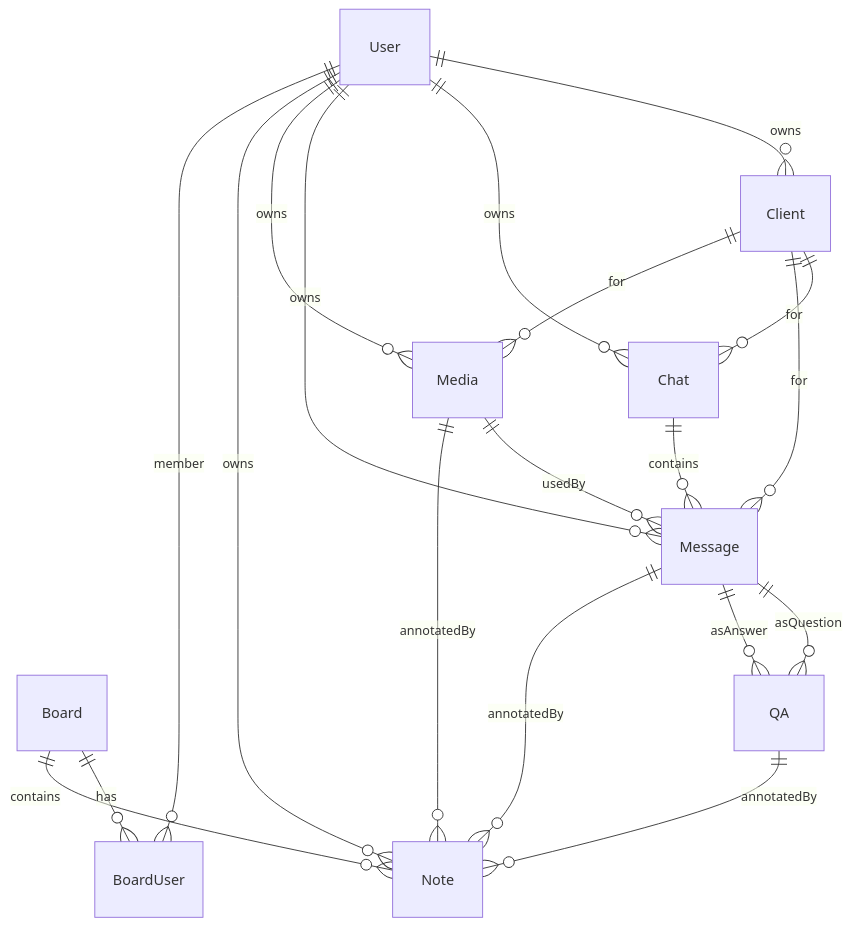
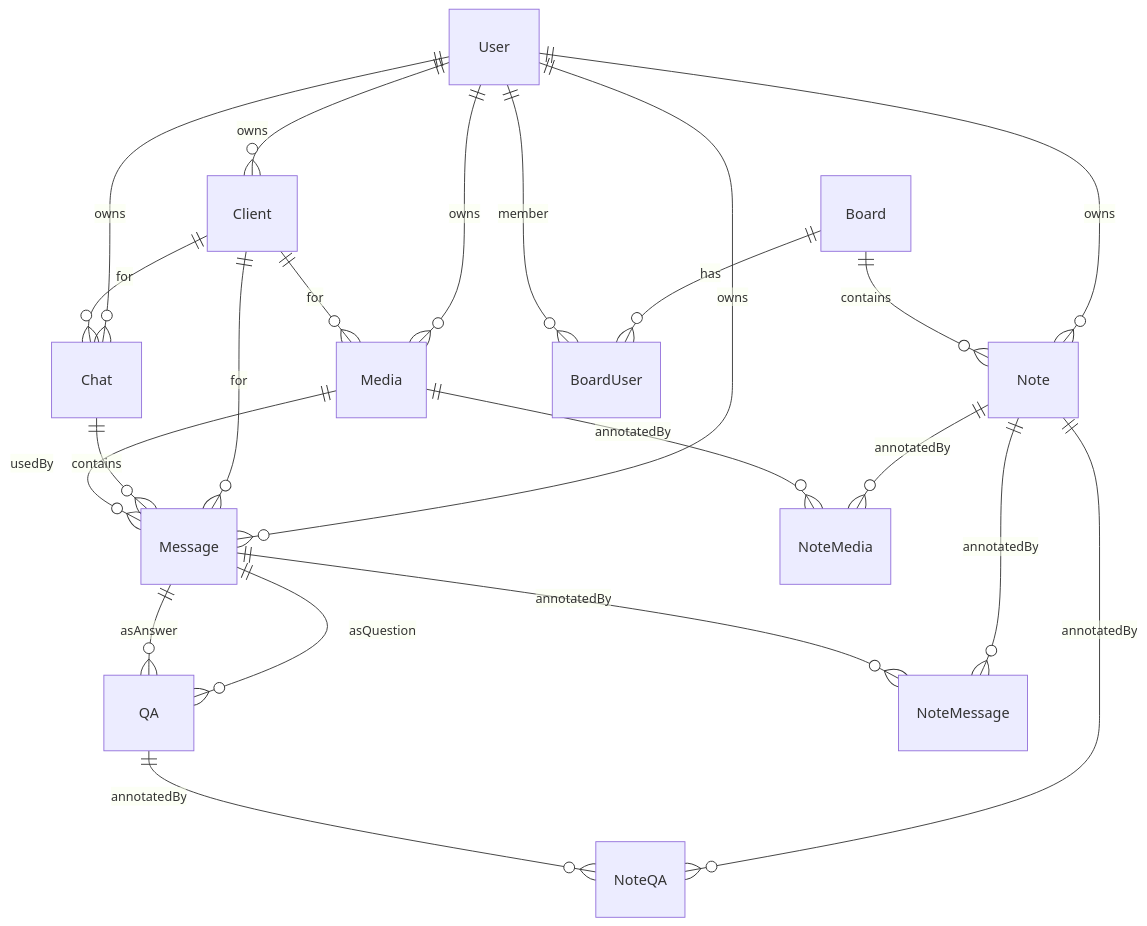
One commit to nickcomua/crm-chat changed the diagram in bins/sdb_server/README.md. Above: the diagram before and after it, drawn with Mermaid. The commit also changed 15 other files, not shown here.

````diff
--- a/bins/sdb_server/README.md
+++ b/bins/sdb_server/README.md
@@ -7,25 +7,28 @@
 ```mermaid
 erDiagram
   User ||--o{ Client : owns
   User ||--o{ Chat : owns
   User ||--o{ Message : owns
   User ||--o{ Media : owns
   User ||--o{ Note : owns
 
   Board ||--o{ BoardUser : has
   User ||--o{ BoardUser : member
 
   Client ||--o{ Chat : for
   Client ||--o{ Message : for
   Client ||--o{ Media : for
   Chat ||--o{ Message : contains
 
   Board ||--o{ Note : contains
 
   Media ||--o{ Message : usedBy
   Message ||--o{ QA : asQuestion
   Message ||--o{ QA : asAnswer
-  Message ||--o{ Note : annotatedBy
-  Media ||--o{ Note : annotatedBy
-  QA ||--o{ Note : annotatedBy
+  Note ||--o{ NoteMessage : annotatedBy
+  Message ||--o{ NoteMessage : annotatedBy
+  Note ||--o{ NoteQA : annotatedBy
+  QA ||--o{ NoteQA : annotatedBy
+  Note ||--o{ NoteMedia : annotatedBy
+  Media ||--o{ NoteMedia : annotatedBy
 ```
````
